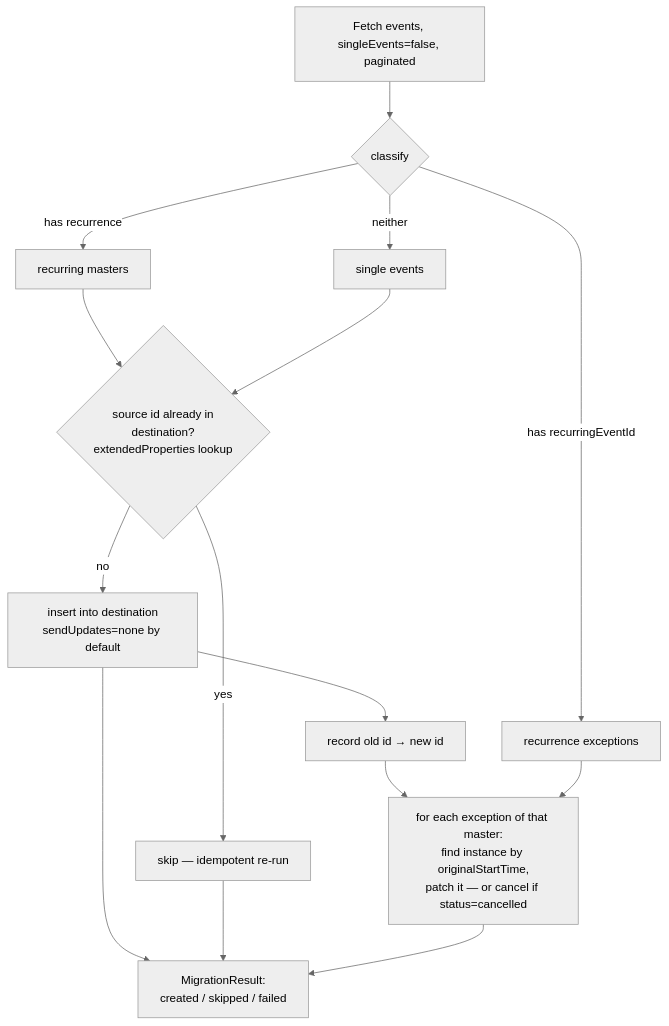
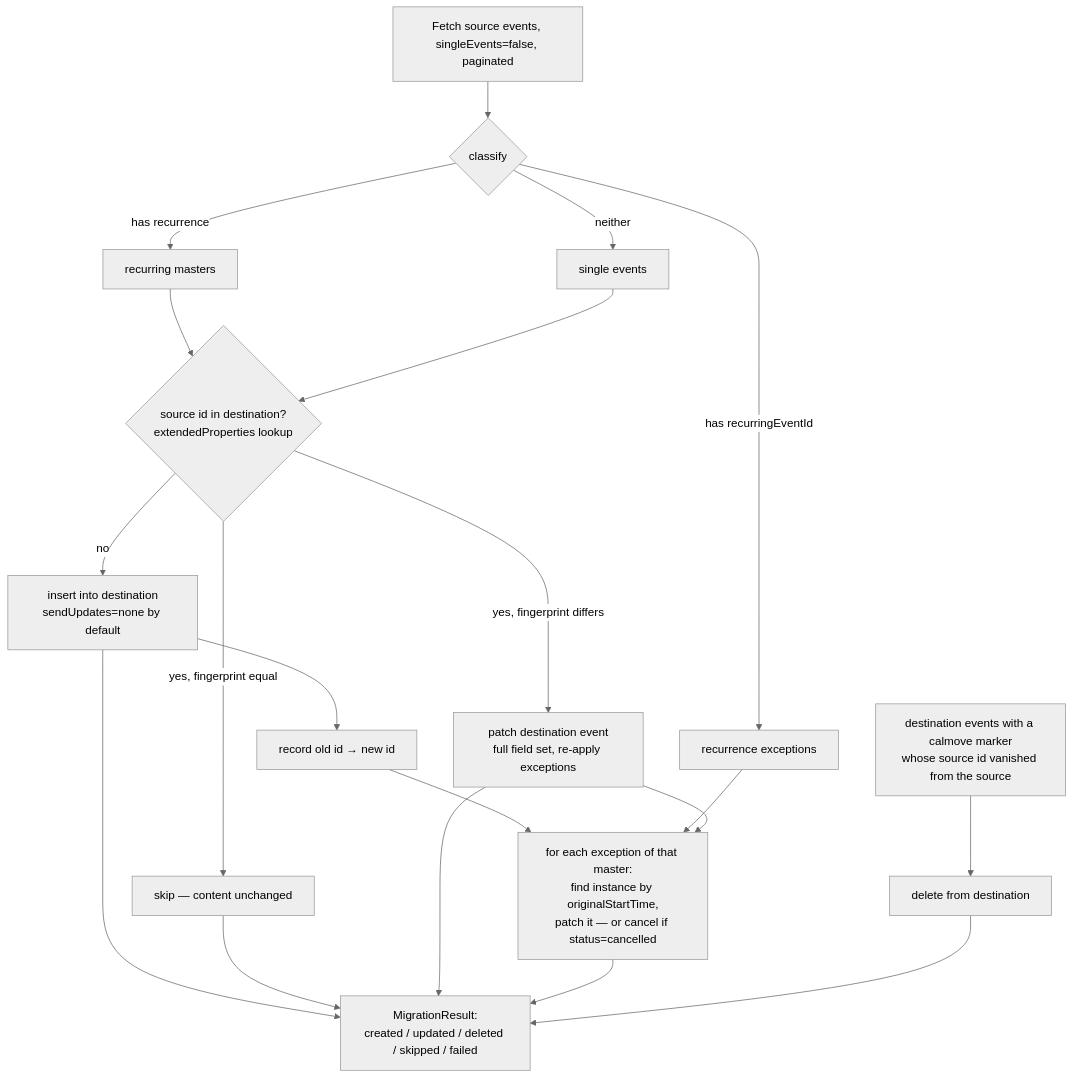
The fourth of 5 diagrams in docs/SPECIFICATION.md (p1x3l4rtd3v/CalMove), drawn with Mermaid (neutral theme) before and after one commit. The commit also changed other lines of this file and 20 other files, not shown here.

````diff
--- a/docs/SPECIFICATION.md
+++ b/docs/SPECIFICATION.md
@@ -184,14 +184,17 @@
 ```mermaid
 flowchart TD
-    F[Fetch events, singleEvents=false, paginated] --> SPLIT{classify}
+    F[Fetch source events, singleEvents=false, paginated] --> SPLIT{classify}
     SPLIT -->|has recurrence| MASTERS[recurring masters]
     SPLIT -->|has recurringEventId| EXC[recurrence exceptions]
     SPLIT -->|neither| SINGLES[single events]
-    MASTERS & SINGLES --> DEDUP{source id already in<br/>destination?<br/>extendedProperties lookup}
-    DEDUP -->|yes| SKIP[skip — idempotent re-run]
-    DEDUP -->|no| CREATE[insert into destination<br/>sendUpdates=none by default]
+    MASTERS & SINGLES --> LOOKUP{source id in destination?<br/>extendedProperties lookup}
+    LOOKUP -->|no| CREATE[insert into destination<br/>sendUpdates=none by default]
+    LOOKUP -->|yes, fingerprint equal| SKIP[skip — content unchanged]
+    LOOKUP -->|yes, fingerprint differs| UPDATE[patch destination event<br/>full field set, re-apply exceptions]
     CREATE --> MAPID[record old id → new id]
     MAPID --> EXC2[for each exception of that master:<br/>find instance by originalStartTime,<br/>patch it — or cancel if status=cancelled]
     EXC --> EXC2
-    CREATE & SKIP & EXC2 --> REPORT[MigrationResult:<br/>created / skipped / failed]
+    UPDATE --> EXC2
+    LOOKUP2[destination events with a calmove marker<br/>whose source id vanished from the source] --> DELETE[delete from destination]
+    CREATE & SKIP & UPDATE & EXC2 & DELETE --> REPORT[MigrationResult:<br/>created / updated / deleted / skipped / failed]
 ```
````
